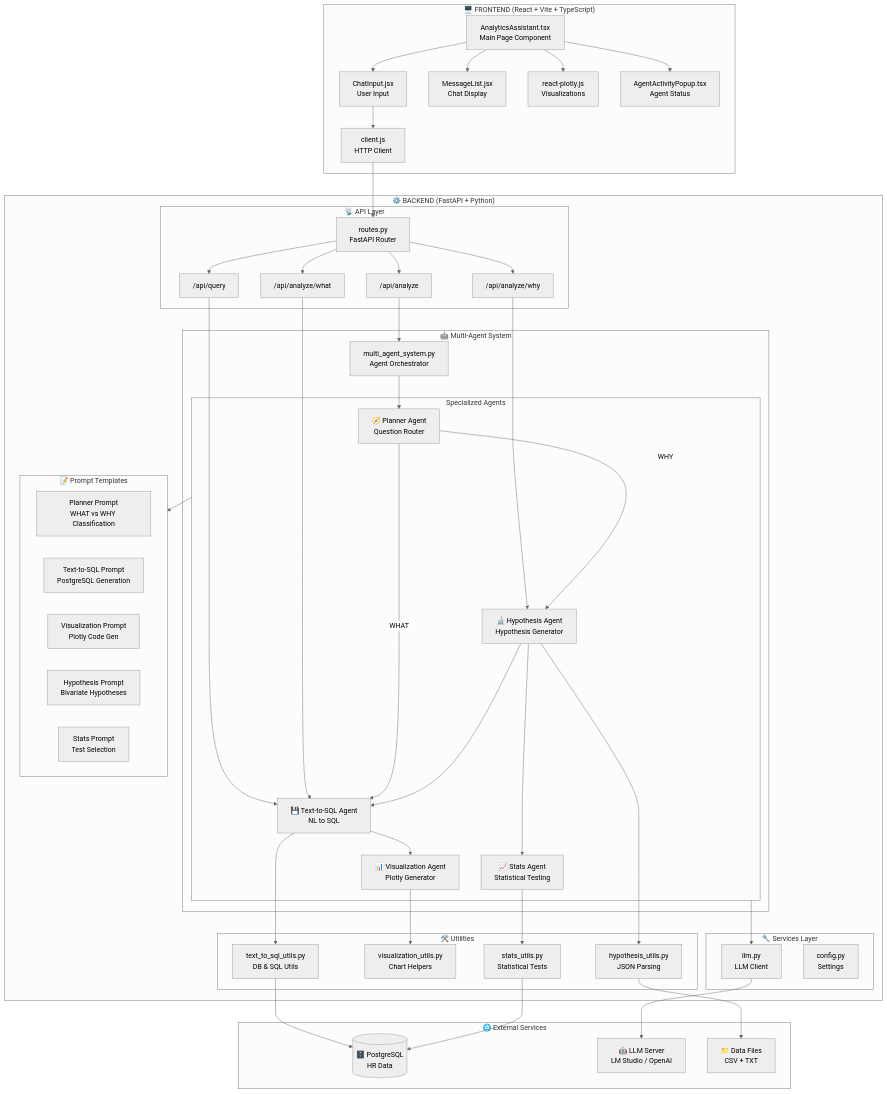
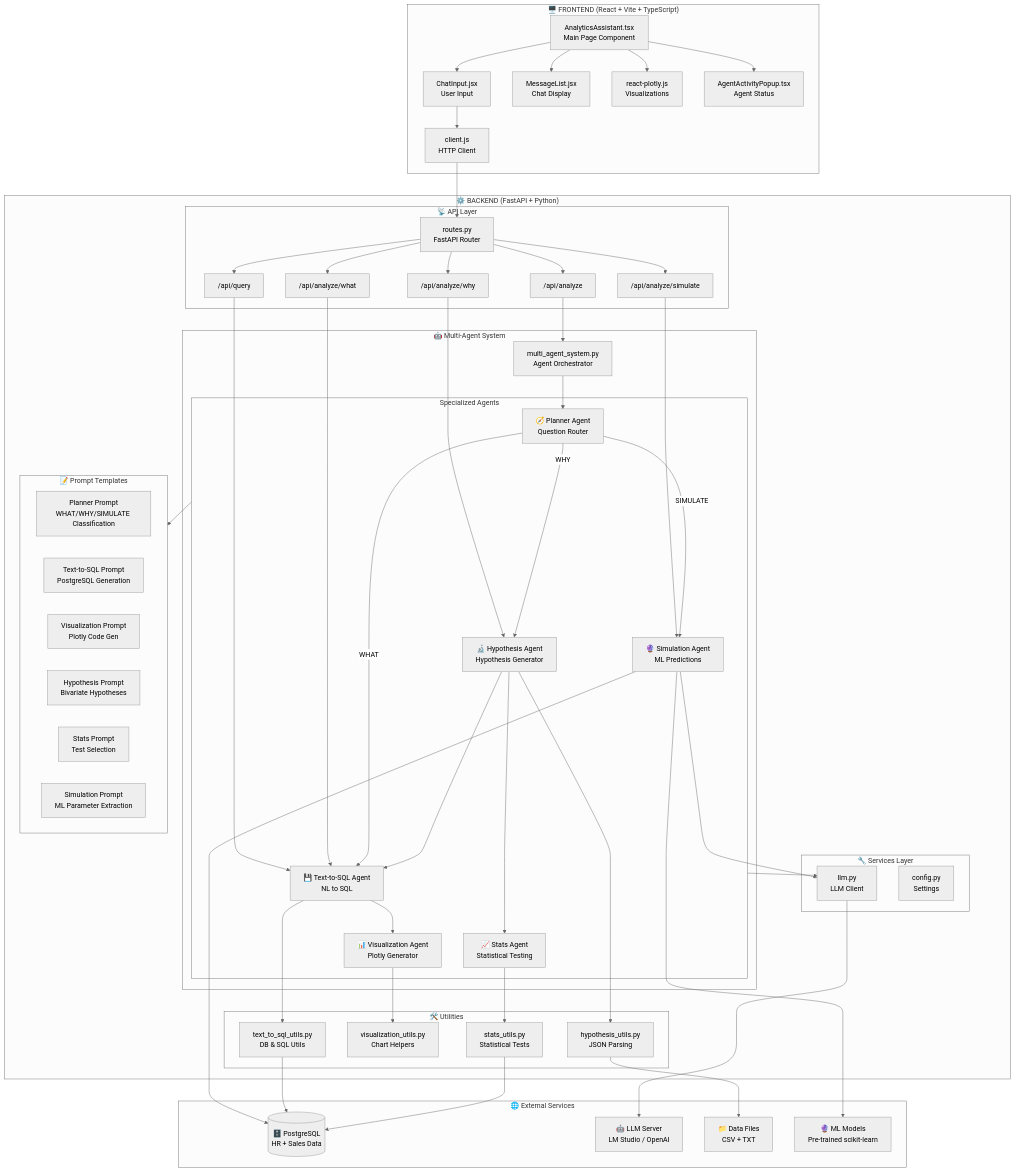
Before and after one commit to Yogarajaadithya/The-Multi-Agent-Assistant-for-Smarter-Analytics: the first of 7 diagrams in ARCHITECTURE.md, drawn with Mermaid (neutral theme). The commit also changed other lines of this file and 44 other files, not shown here.

Commit message:
Add Simulation Agent and related improvements

```diff
--- a/ARCHITECTURE.md
+++ b/ARCHITECTURE.md
@@ -117,6 +216,7 @@
             QueryEndpoint["/api/query"]
             WhatEndpoint["/api/analyze/what"]
             WhyEndpoint["/api/analyze/why"]
+            SimulateEndpoint["/api/analyze/simulate"]
         end
 
         subgraph MAS["🤖 Multi-Agent System"]
@@ -128,6 +228,7 @@
                 Viz[📊 Visualization Agent<br/>Plotly Generator]
                 Hypothesis[🔬 Hypothesis Agent<br/>Hypothesis Generator]
                 Stats[📈 Stats Agent<br/>Statistical Testing]
+                Simulation[🔮 Simulation Agent<br/>ML Predictions]
             end
         end
 
@@ -144,18 +245,20 @@
         end
 
         subgraph Prompts["📝 Prompt Templates"]
-            PlannerPrompt[Planner Prompt<br/>WHAT vs WHY Classification]
+            PlannerPrompt[Planner Prompt<br/>WHAT/WHY/SIMULATE Classification]
             SQLPrompt[Text-to-SQL Prompt<br/>PostgreSQL Generation]
             VizPrompt[Visualization Prompt<br/>Plotly Code Gen]
             HypPrompt[Hypothesis Prompt<br/>Bivariate Hypotheses]
             StatsPrompt[Stats Prompt<br/>Test Selection]
+            SimPrompt[Simulation Prompt<br/>ML Parameter Extraction]
         end
     end
 
     subgraph External["🌐 External Services"]
-        DB[(🗄️ PostgreSQL<br/>HR Data)]
+        DB[(🗄️ PostgreSQL<br/>HR + Sales Data)]
         LLMServer[🤖 LLM Server<br/>LM Studio / OpenAI]
         DataFiles[📁 Data Files<br/>CSV + TXT]
+        MLModels[🔮 ML Models<br/>Pre-trained scikit-learn]
     end
 
     %% Frontend connections
@@ -171,18 +274,26 @@
     Routes --> QueryEndpoint
     Routes --> WhatEndpoint
     Routes --> WhyEndpoint
+    Routes --> SimulateEndpoint
     AnalyzeEndpoint --> Orchestrator
     QueryEndpoint --> TextToSQL
     WhatEndpoint --> TextToSQL
     WhyEndpoint --> Hypothesis
+    SimulateEndpoint --> Simulation
 
     %% MAS Flow
     Orchestrator --> Planner
     Planner -->|WHAT| TextToSQL
     Planner -->|WHY| Hypothesis
+    Planner -->|SIMULATE| Simulation
     TextToSQL --> Viz
     Hypothesis --> TextToSQL
     Hypothesis --> Stats
+    
+    %% Simulation Agent (Self-Contained)
+    Simulation --> MLModels
+    Simulation --> DB
+    Simulation --> LLM
 
     %% Services
     Agents --> LLM
```
